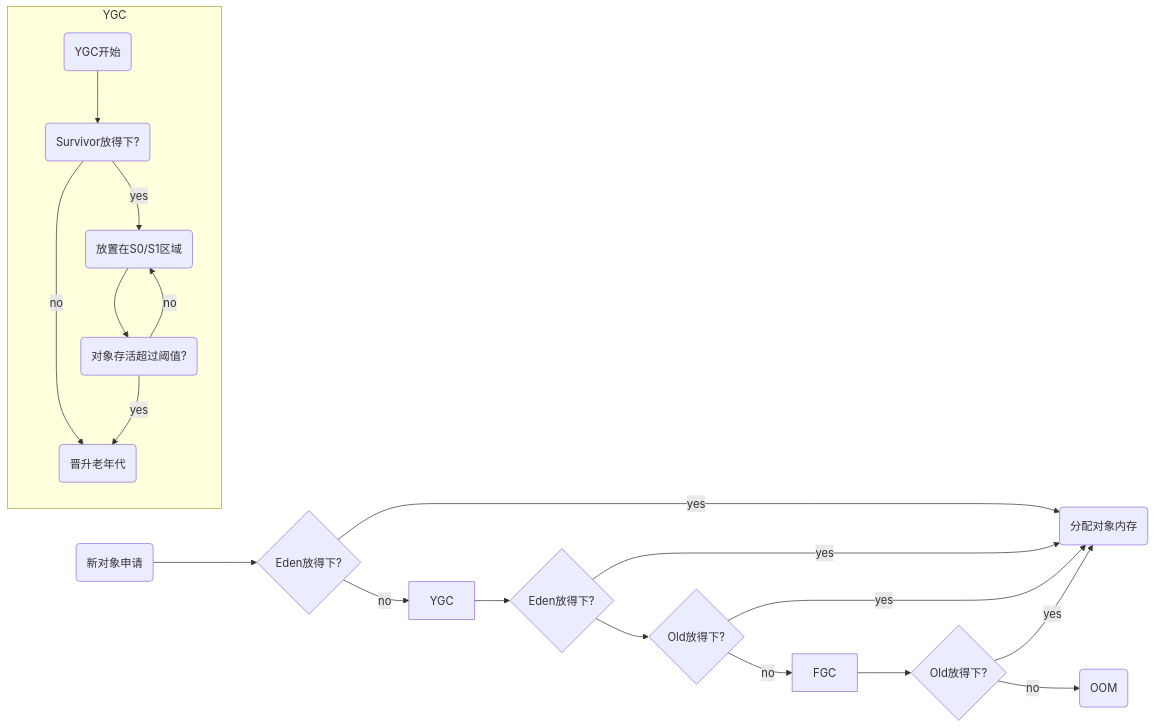
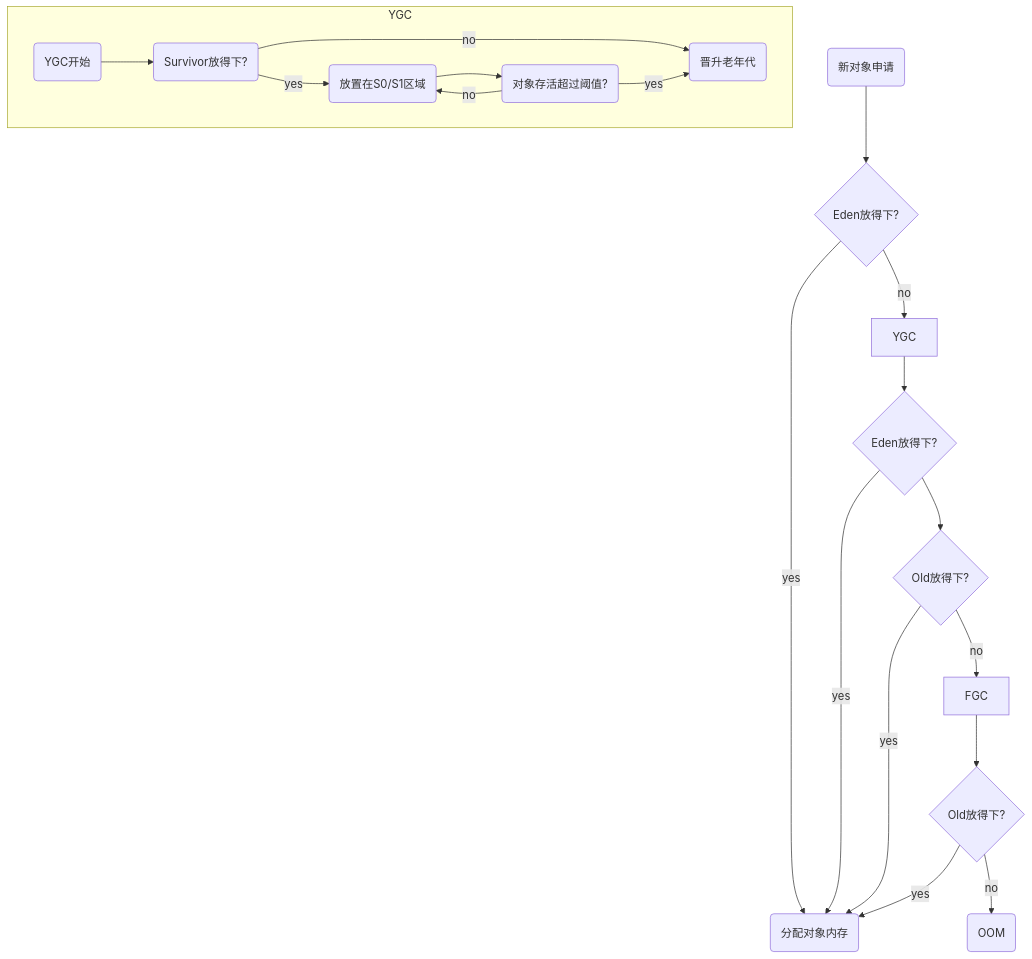
One commit to Jinhua-Lee/Learning changed the diagram in src/main/java/cn/jvm/08_堆.md. Above: the diagram before and after it, drawn with Mermaid. The commit also changed other lines of this file and 3 other files, not shown here.

````diff
--- a/src/main/java/cn/jvm/08_堆.md
+++ b/src/main/java/cn/jvm/08_堆.md
@@ -73,26 +73,26 @@
 ```mermaid
-graph LR
+graph TB
  st(新对象申请) --> cond_eden{Eden放得下?}
  cond_eden --> | yes | op_ram(分配对象内存)
  cond_eden --> | no | op_ygc[YGC]
  
  op_ygc --> cond_eden2{Eden放得下?}
  cond_eden2 --> | yes | op_ram
  cond_eden2 --> cond_oldgen{Old放得下?}
  
  cond_oldgen --> | yes | op_ram
  cond_oldgen --> | no | op_fgc[FGC]
  op_fgc --> cond_oldgen2{Old放得下?}
  
  cond_oldgen2 --> | yes | op_ram
  cond_oldgen2 --> | no | ed(OOM)
  subgraph YGC
  	st1(YGC开始) --> cond_s(Survivor放得下?)
  	cond_s --> | yes | op_s(放置在S0/S1区域)
  	cond_s --> | no | ed2(晋升老年代)
 
  	op_s --> cond_thres(对象存活超过阈值?)
  	cond_thres --> | yes | ed2
 	cond_thres --> | no | op_s
  end
 ```
````
